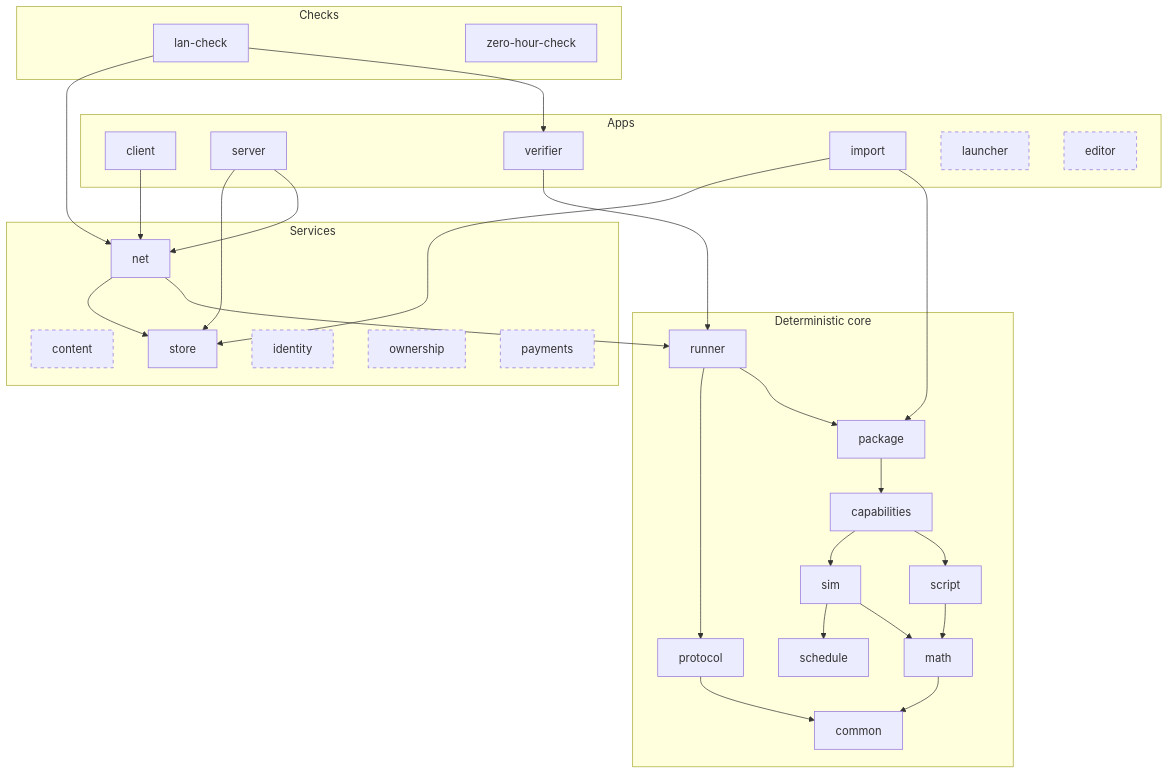
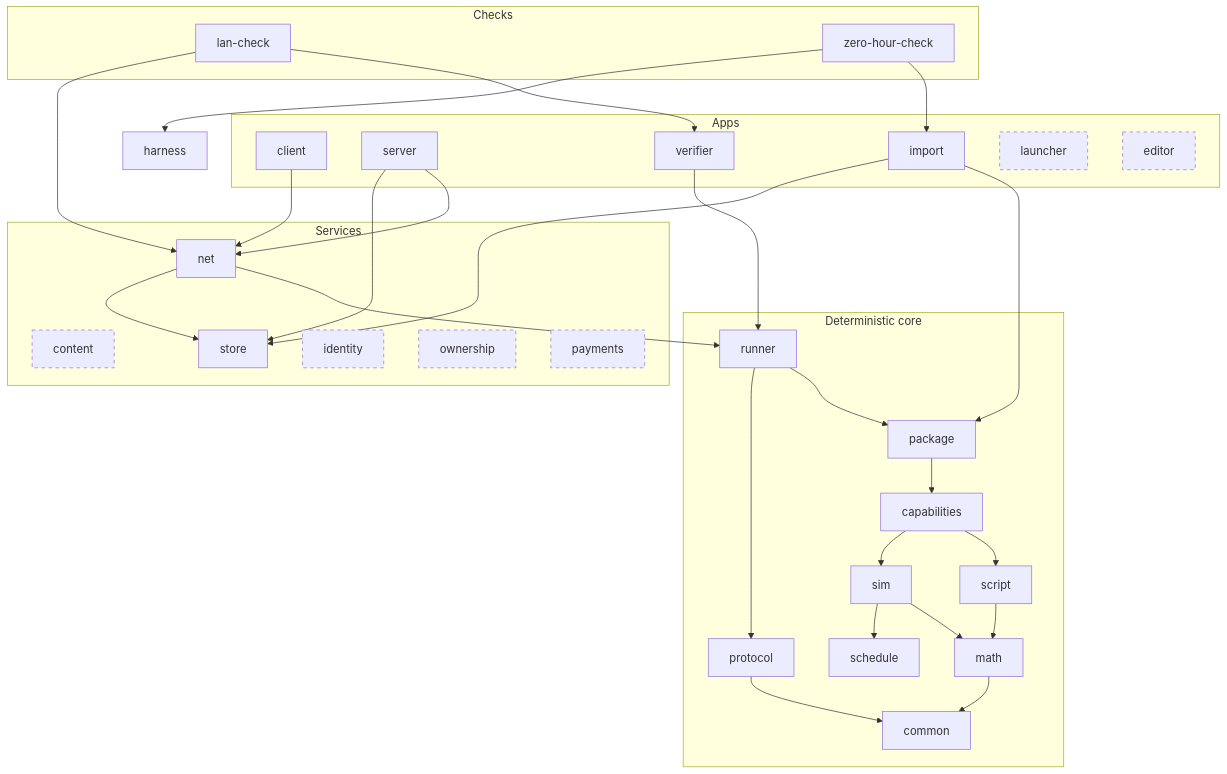
One commit to xorza/campfire changed the diagram in docs/design/02-engine-core.md. Above: the diagram before and after it, drawn with Mermaid. The commit also changed other lines of this file and 2 other files, not shown here.

Commit message:
Design 02 names every crate zero-hour-check uses, and the plan holds the Zero Hour check's parity step
Design 12 D7 stays: the fingerprint comparison and the parity suite are step U9, which waits
for the oracle.

````diff
--- a/docs/design/02-engine-core.md
+++ b/docs/design/02-engine-core.md
@@ -5,55 +5,57 @@
 ```mermaid
 flowchart TB
     subgraph apps["Apps"]
         client
         server
         verifier
         import
         launcher:::planned
         editor:::planned
     end
     subgraph checks["Checks"]
         lancheck["lan-check"]
         zerohourcheck["zero-hour-check"]
     end
     subgraph services["Services"]
         net
         content:::planned
         store
         identity:::planned
         ownership:::planned
         payments:::planned
     end
     subgraph core["Deterministic core"]
         runner
         package
         capabilities
         script
         sim
         protocol
         math
         common
         schedule
     end
     client --> net
     server --> net
     net --> runner
     verifier --> runner
     import --> package
     import --> store
     lancheck --> verifier
     lancheck --> net
+    zerohourcheck --> import
+    zerohourcheck --> harness
     server --> store
     net --> store
     runner --> package
     runner --> protocol
     package --> capabilities
     capabilities --> script
     capabilities --> sim
     script --> math
     sim --> math
     sim --> schedule
     math --> common
     protocol --> common
     classDef planned stroke-dasharray: 5 5
 ```
````
